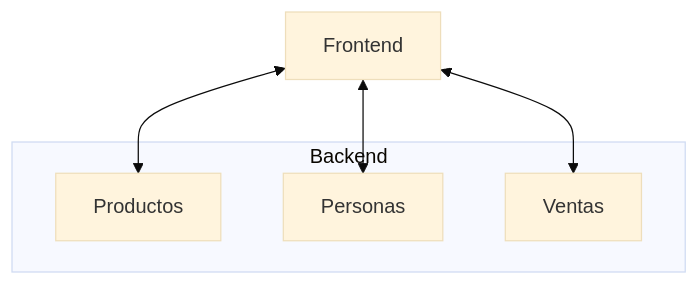
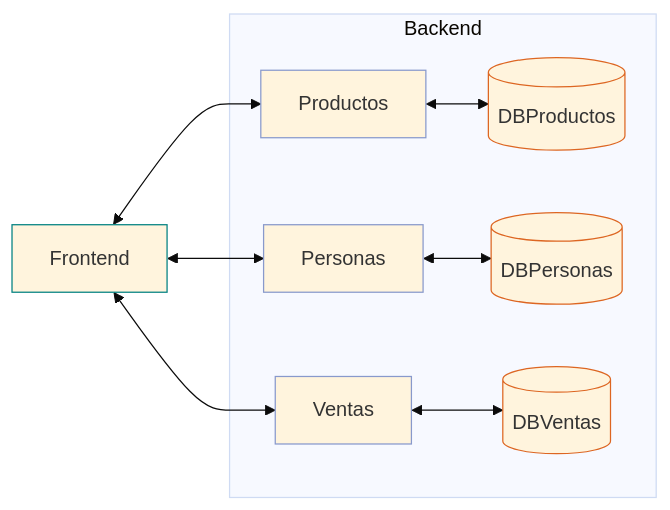
The second of 4 diagrams in README.md (akobashikawa/tienda211-fastify), drawn with Mermaid (base theme) before and after one commit. The commit also changed other lines of this file, not shown here.

Commit message:
Actualiza diagramas

````diff
--- a/README.md
+++ b/README.md
@@ -26,15 +33,22 @@
 ```mermaid
-graph TD
+graph LR
+    style Frontend stroke:teal
+    style Productos stroke:#89c
+    style Personas stroke:#89c 
+    style Ventas stroke:#89c
+    style dbProductos stroke:#d62
+    style dbPersonas stroke:#d62
+    style dbVentas stroke:#d62
     
     Frontend
     
     subgraph Backend
-        Productos
-        Personas
-        Ventas
+        Productos <--> dbProductos[(DBProductos)]
+        Personas <--> dbPersonas[(DBPersonas)]
+        Ventas <--> dbVentas[(DBVentas)]
     end
     
     Frontend <--> Productos
     Frontend <--> Personas
     Frontend <--> Ventas
 ```
````
